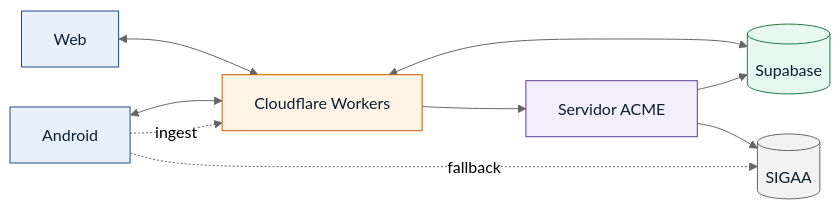
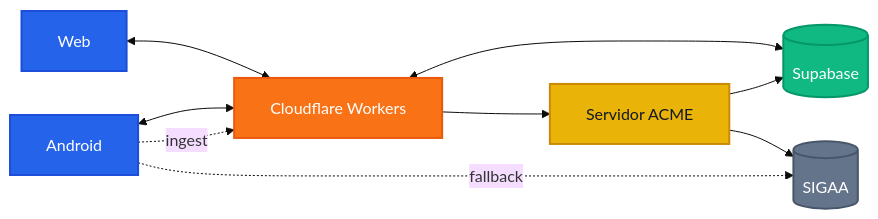
Before and after one commit to KairoHenrique/CEFET-Academic-Planner: the first of 5 diagrams in README.md, drawn with Mermaid. The commit also changed other lines of this file, not shown here.

Commit message:
docs: corrige tabela do README e Mermaid com cores vivas

````diff
--- a/README.md
+++ b/README.md
@@ -114,31 +115,31 @@
 ```mermaid
-%%{init: {"theme": "neutral", "flowchart": {"curve": "basis", "padding": 16, "nodeSpacing": 40, "rankSpacing": 50}}}%%
+%%{init: {"theme": "base", "themeVariables": {"fontSize": "16px", "fontFamily": "Inter, Segoe UI, sans-serif"}, "flowchart": {"curve": "basis", "padding": 18, "nodeSpacing": 44, "rankSpacing": 54}}}%%
 flowchart LR
   WEB[Web]
   MOB[Android]
   CF[Cloudflare Workers]
   SB[(Supabase)]
   ACME[Servidor ACME]
   SIGAA[(SIGAA)]
 
   WEB <--> CF
   MOB <--> CF
   CF <--> SB
   CF --> ACME
   ACME --> SIGAA
   ACME --> SB
   MOB -.->|fallback| SIGAA
   MOB -.->|ingest| CF
 
-  classDef client fill:#e8f1fb,stroke:#1e4d8c,color:#0b1f33
-  classDef edge fill:#fff4e5,stroke:#c45c00,color:#0b1f33
-  classDef data fill:#e6f7ef,stroke:#1f7a4d,color:#0b1f33
-  classDef home fill:#f3eefc,stroke:#5b3d9e,color:#0b1f33
-  classDef ext fill:#f2f2f2,stroke:#666,color:#0b1f33
+  classDef client fill:#2563EB,stroke:#1D4ED8,color:#FFFFFF,stroke-width:2px
+  classDef edge fill:#F97316,stroke:#EA580C,color:#FFFFFF,stroke-width:2px
+  classDef data fill:#10B981,stroke:#059669,color:#FFFFFF,stroke-width:2px
+  classDef home fill:#EAB308,stroke:#CA8A04,color:#111827,stroke-width:2px
+  classDef ext fill:#64748B,stroke:#475569,color:#FFFFFF,stroke-width:2px
 
   class WEB,MOB client
   class CF edge
   class SB data
   class ACME home
   class SIGAA ext
 ```
````
